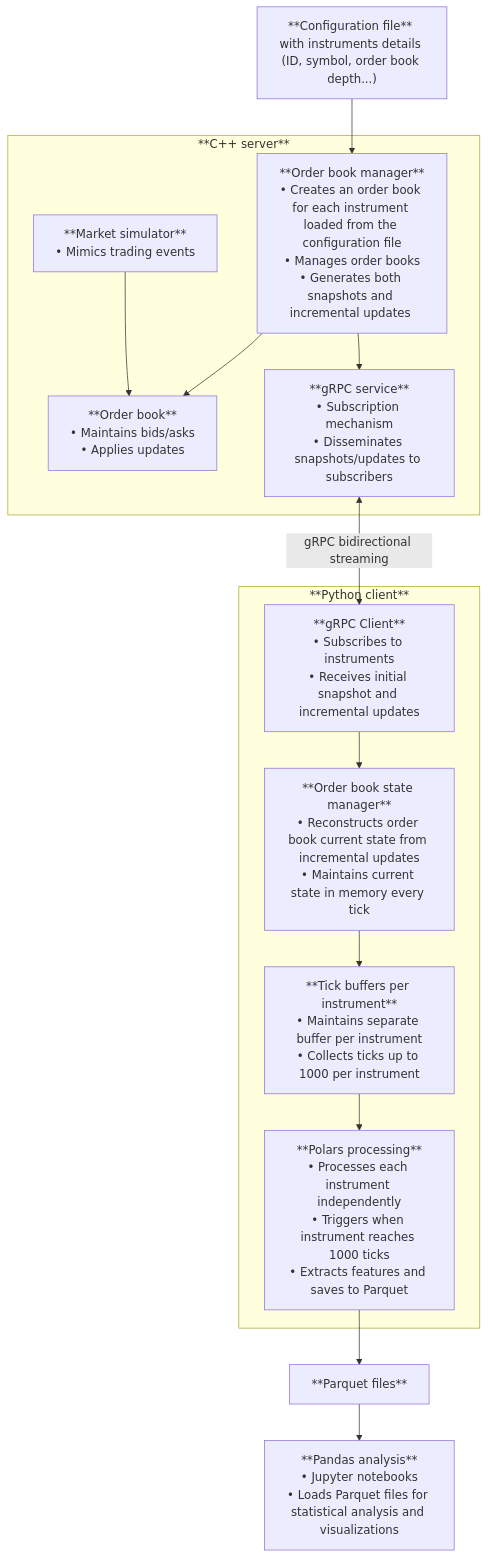
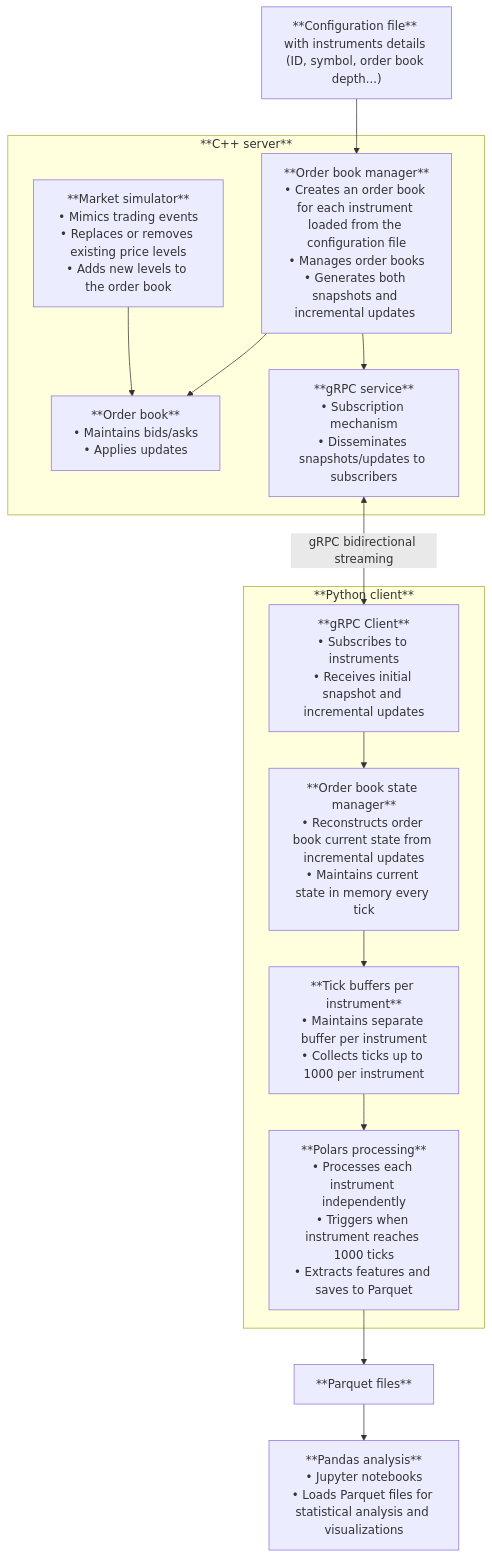
Before and after one commit to sephorah/market-data-pipeline: the first of 2 diagrams in README.md, drawn with Mermaid.

Commit message:
chore: update architecture diagram README

````diff
--- a/README.md
+++ b/README.md
@@ -7,41 +7,41 @@
 ```mermaid
 flowchart TD
 
     config_file["**Configuration file** with instruments details (ID, symbol, order book depth...)"]
 
     subgraph cpp_server[**C++ server**]
         order_book_manager[**Order book manager**<br/>• Creates an order book for each instrument loaded from the configuration file<br/>• Manages order books<br/>• Generates both snapshots and incremental updates <br/>]
         
         order_book[**Order book**<br/>• Maintains bids/asks<br/>• Applies updates]
         
-        market_simulator[**Market simulator**<br/>• Mimics trading events<br/g]
+        market_simulator[**Market simulator**<br/>• Mimics trading events<br/>• Replaces or removes existing price levels<br/>• Adds new levels to the order book]
 
         grpc_service[**gRPC service**<br/>• Subscription mechanism<br/>• Disseminates snapshots/updates to subscribers]
     end
 
     subgraph python_client[**Python client**]
         grpc_client[**gRPC Client**<br/>• Subscribes to instruments<br/>• Receives initial snapshot and incremental updates]
 
         order_book_state_manager[**Order book state manager**<br/>• Reconstructs order book current state from incremental updates<br/>• Maintains current state in memory every tick]
 
         tick_buffers[**Tick buffers per instrument**<br/>• Maintains separate buffer per instrument<br/>• Collects ticks up to 1000 per instrument]
 
         polars_processing[**Polars processing**<br/>• Processes each instrument independently<br/>• Triggers when instrument reaches 1000 ticks<br/>• Extracts features and saves to Parquet]
     end
 
     parquet_files[**Parquet files**]
     
     pandas_analysis[**Pandas analysis**<br/>• Jupyter notebooks<br/>• Loads Parquet files for statistical analysis and visualizations]
 
 
     config_file --> order_book_manager
     grpc_service <-->|gRPC bidirectional streaming| grpc_client
     order_book_manager --> order_book
     order_book_manager --> grpc_service
     market_simulator --> order_book
     grpc_client --> order_book_state_manager
     order_book_state_manager --> tick_buffers
     tick_buffers --> polars_processing
     polars_processing --> parquet_files
     parquet_files --> pandas_analysis
 ```
````
